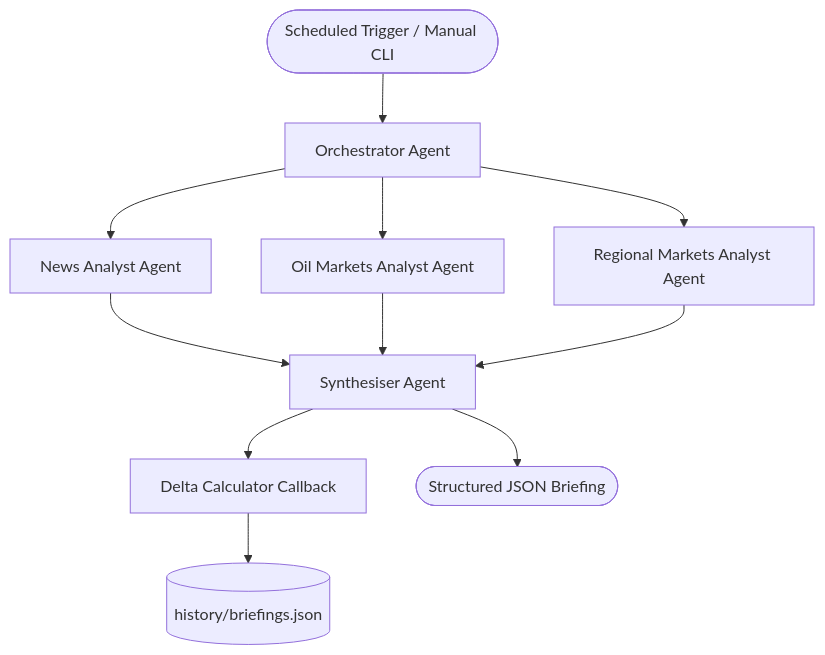
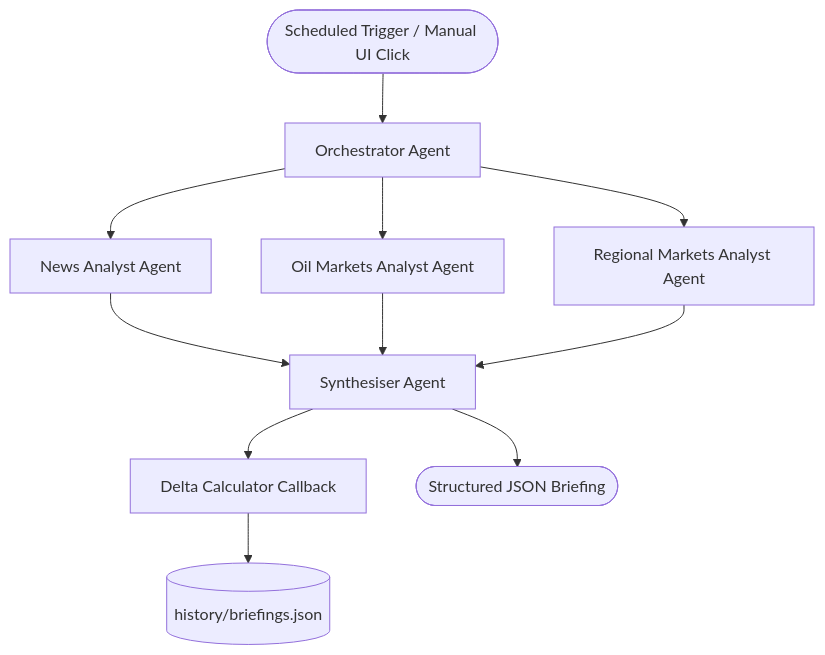
The diagram in README.md (Arham-I/conflict-econ-tracker), drawn with Mermaid before and after one commit. The commit also changed other lines of this file and 15 other files, not shown here.

````diff
--- a/README.md
+++ b/README.md
@@ -24,13 +24,13 @@
 ```mermaid
 graph TD
-    User([Scheduled Trigger / Manual CLI]) --> Orchestrator[Orchestrator Agent]
+    User([Scheduled Trigger / Manual UI Click]) --> Orchestrator[Orchestrator Agent]
     Orchestrator --> News[News Analyst Agent]
     Orchestrator --> Oil[Oil Markets Analyst Agent]
     Orchestrator --> Regional[Regional Markets Analyst Agent]
     News --> Synthesiser[Synthesiser Agent]
     Oil --> Synthesiser
     Regional --> Synthesiser
     Synthesiser --> Deltas[Delta Calculator Callback]
     Deltas --> History[(history/briefings.json)]
     Synthesiser --> Output([Structured JSON Briefing])
 ```
````
